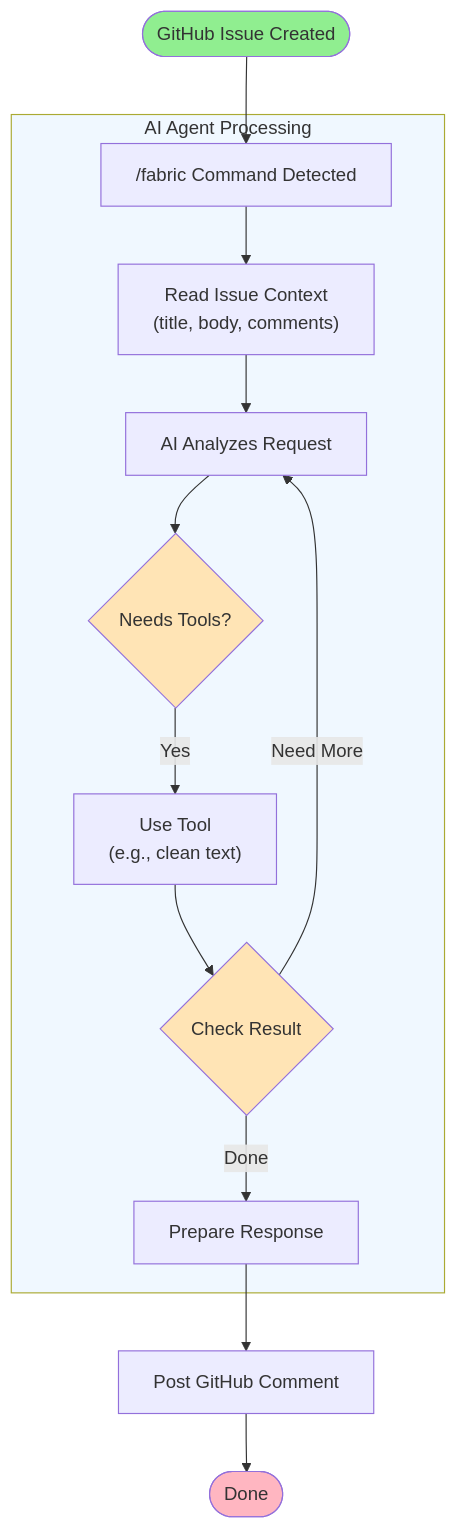
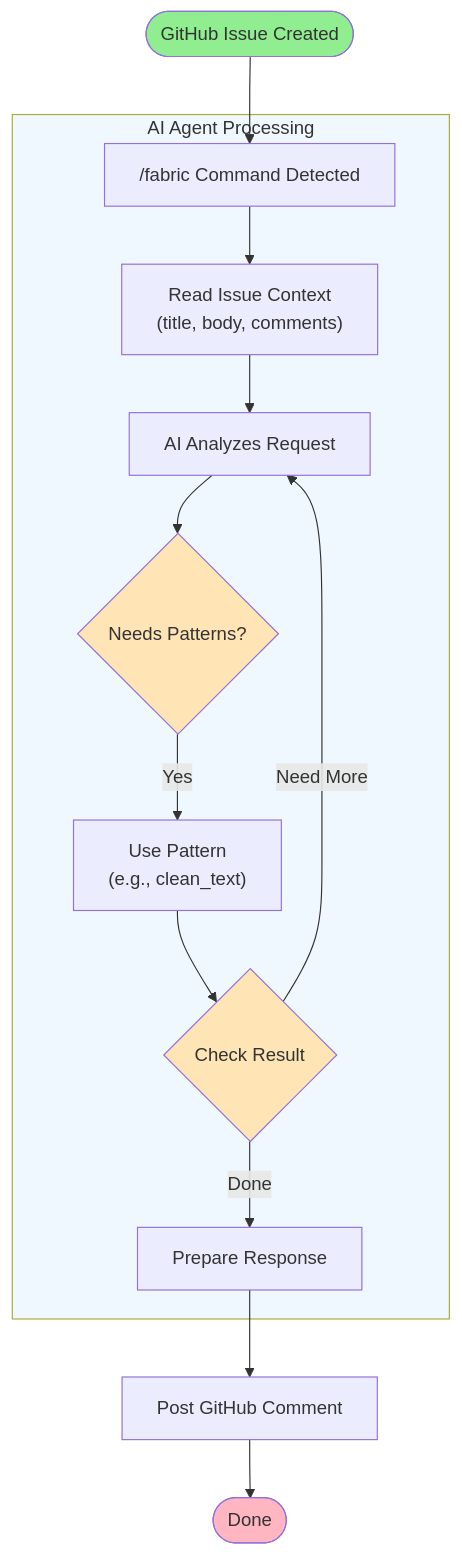
One commit to xvnpw/fabric-agent-action changed the first of 5 diagrams in README.md. Above: the diagram before and after it, drawn with Mermaid. The commit also changed other lines of this file, not shown here.

````diff
--- a/README.md
+++ b/README.md
@@ -114,26 +114,26 @@
 ```mermaid
 flowchart TD
     Start([GitHub Issue Created]) --> Command["/fabric Command Detected"]
-    
+
     subgraph Process["AI Agent Processing"]
         Command --> ReadContext["Read Issue Context<br/>(title, body, comments)"]
         ReadContext --> Analyze["AI Analyzes Request"]
-        
-        Analyze --> ToolCheck{"Needs Tools?"}
-        
-        ToolCheck -->|Yes| UseTool["Use Tool<br/>(e.g., clean text)"]
-        UseTool --> CheckResult{"Check Result"}
-        
+
+        Analyze --> PatternCheck{"Needs Patterns?"}
+
+        PatternCheck -->|Yes| UsePattern["Use Pattern<br/>(e.g., clean_text)"]
+        UsePattern --> CheckResult{"Check Result"}
+
         CheckResult -->|"Need More"| Analyze
         CheckResult -->|"Done"| PrepareResponse["Prepare Response"]
     end
-    
+
     PrepareResponse --> Comment["Post GitHub Comment"]
     Comment --> End([Done])
-    
+
     style Start fill:#90EE90
     style End fill:#FFB6C1
     style Process fill:#F0F8FF
-    style ToolCheck fill:#FFE4B5
+    style PatternCheck fill:#FFE4B5
     style CheckResult fill:#FFE4B5
 ```
````
